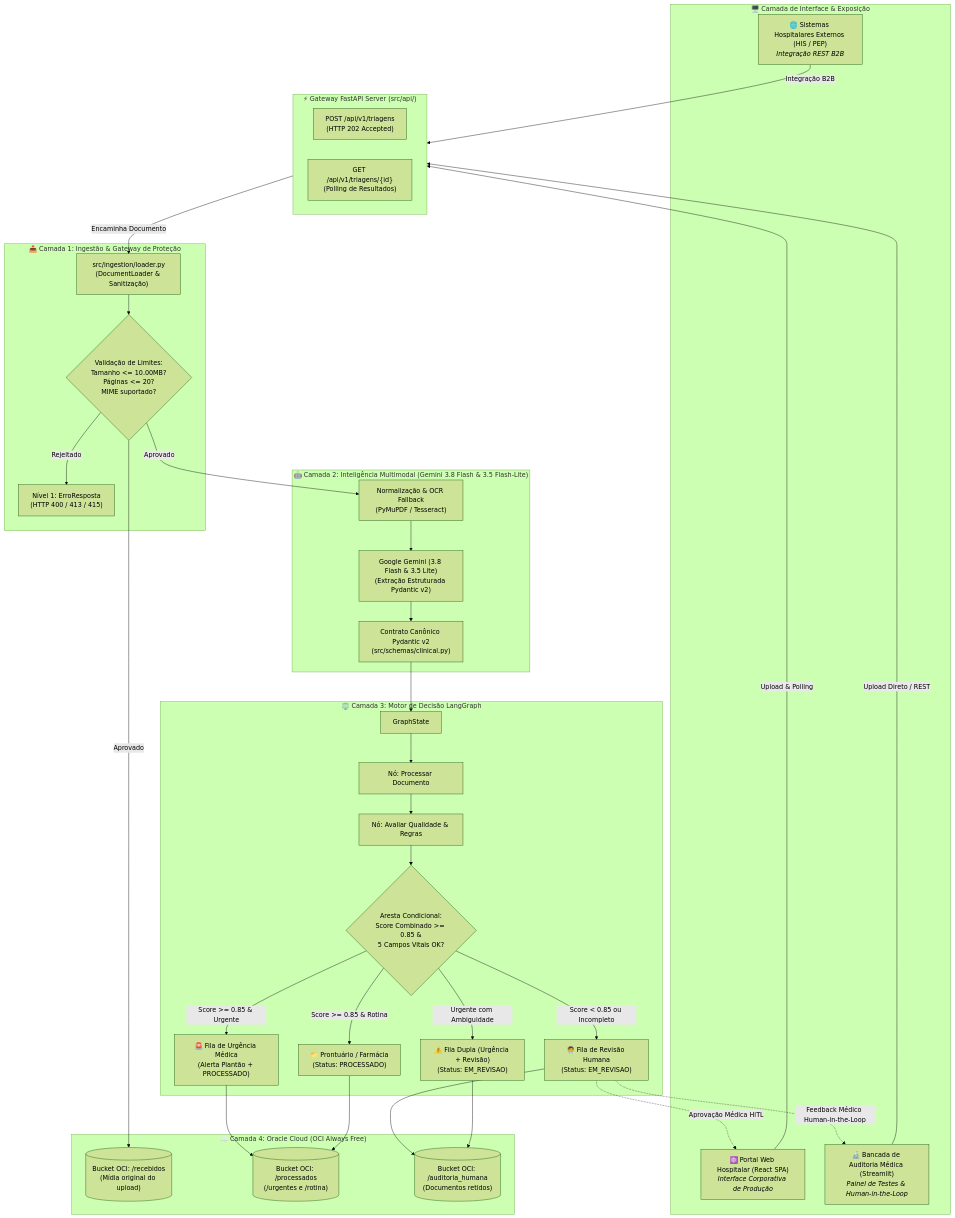
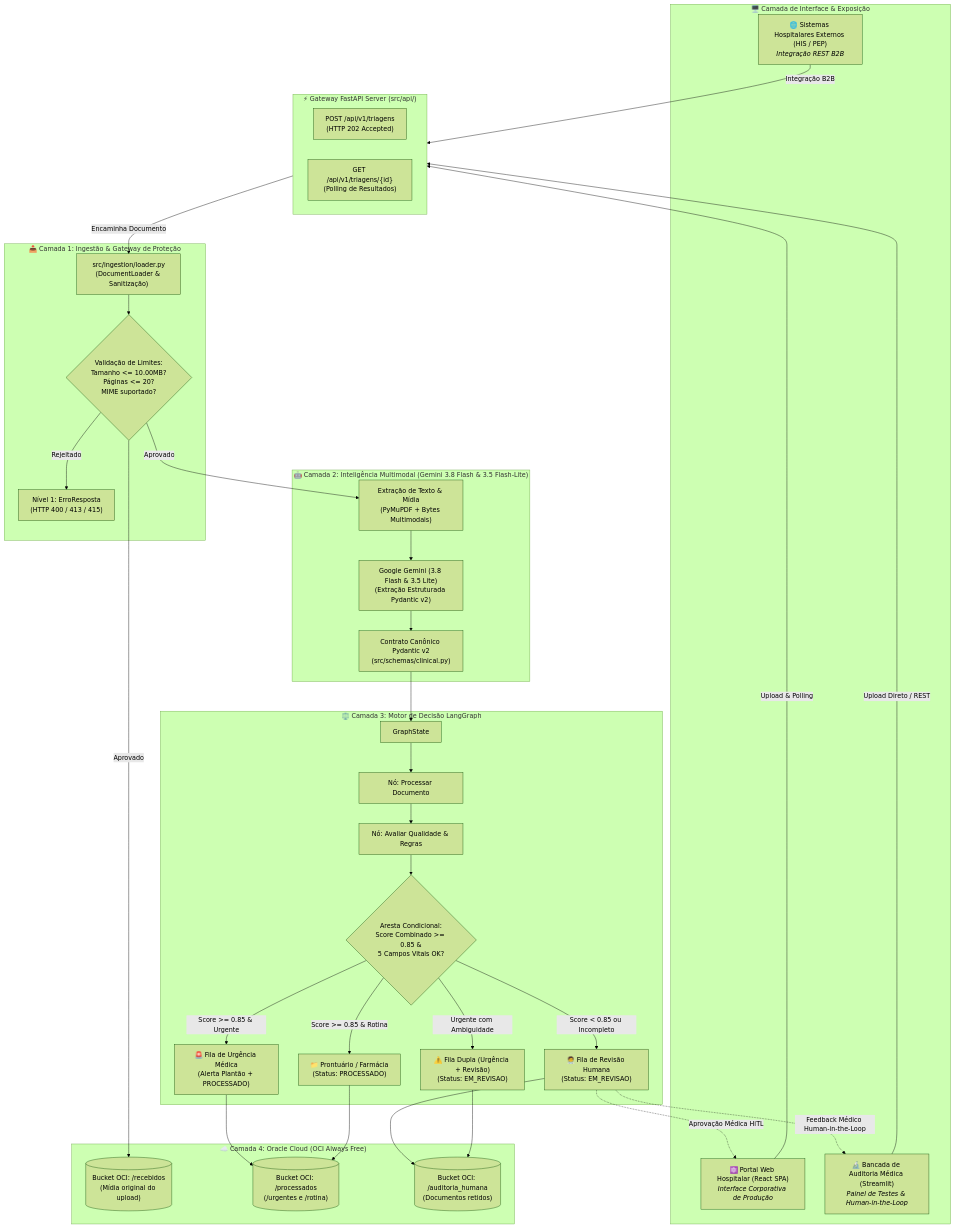
The first of 3 diagrams in ARQUITETURA.md (No-Country-simulation/g10-brasil-equipe-15_mediflow), drawn with Mermaid (forest theme) before and after one commit. The commit also changed other lines of this file and 1 other file, not shown here.

````diff
--- a/ARQUITETURA.md
+++ b/ARQUITETURA.md
@@ -34,71 +34,71 @@
 ```mermaid
 flowchart TD
     subgraph CLIENTS["🖥️ Camada de Interface & Exposição"]
         REACT["⚛️ Portal Web Hospitalar (React SPA)<br/><i>Interface Corporativa de Produção</i>"]
         STREAMLIT["🔬 Bancada de Auditoria Médica (Streamlit)<br/><i>Painel de Testes & Human-in-the-Loop</i>"]
         API_CLI["🌐 Sistemas Hospitalares Externos (HIS / PEP)<br/><i>Integração REST B2B</i>"]
     end
 
     subgraph API_GATEWAY["⚡ Gateway FastAPI Server (src/api/)"]
         EP_POST["POST /api/v1/triagens<br/>(HTTP 202 Accepted)"]
         EP_GET["GET /api/v1/triagens/{id}<br/>(Polling de Resultados)"]
     end
 
     subgraph INGESTION["📥 Camada 1: Ingestão & Gateway de Proteção"]
         LOADER["src/ingestion/loader.py<br/>(DocumentLoader & Sanitização)"]
         VAL_RULES{"Validação de Limites:<br/>Tamanho <= 10.00MB?<br/>Páginas <= 20?<br/>MIME suportado?"}
         ERR_GATEWAY["Nível 1: ErroResposta<br/>(HTTP 400 / 413 / 415)"]
     end
 
     subgraph AI_CORE["🤖 Camada 2: Inteligência Multimodal (Gemini 3.8 Flash & 3.5 Flash-Lite)"]
-        OCR["Normalização & OCR Fallback<br/>(PyMuPDF / Tesseract)"]
+        OCR["Extração de Texto & Mídia<br/>(PyMuPDF + Bytes Multimodais)"]
         LLM["Google Gemini (3.8 Flash & 3.5 Lite)<br/>(Extração Estruturada Pydantic v2)"]
         SCHEMA["Contrato Canônico Pydantic v2<br/>(src/schemas/clinical.py)"]
     end
 
     subgraph WORKFLOW["⚖️ Camada 3: Motor de Decisão LangGraph"]
         STATE["GraphState"]
         N_EXTRACT["Nó: Processar Documento"]
         N_EVAL["Nó: Avaliar Qualidade & Regras"]
         COND_DECIDE{"Aresta Condicional:<br/>Score Combinado >= 0.85 &<br/>5 Campos Vitais OK?"}
         
         Q_URG["🚨 Fila de Urgência Médica<br/>(Alerta Plantão + PROCESSADO)"]
         Q_REV["🧑‍⚕️ Fila de Revisão Humana<br/>(Status: EM_REVISAO)"]
         Q_ROT["📁 Prontuário / Farmácia<br/>(Status: PROCESSADO)"]
         Q_MISTO["⚠️ Fila Dupla (Urgência + Revisão)<br/>(Status: EM_REVISAO)"]
     end
 
     subgraph STORAGE["☁️ Camada 4: Oracle Cloud (OCI Always Free)"]
         OCI_IN[("Bucket OCI: /recebidos<br/>(Mídia original do upload)")]
         OCI_PROC[("Bucket OCI: /processados<br/>(/urgentes e /rotina)")]
         OCI_AUDIT[("Bucket OCI: /auditoria_humana<br/>(Documentos retidos)")]
     end
 
     REACT -->|Upload & Polling| API_GATEWAY
     STREAMLIT -->|Upload Direto / REST| API_GATEWAY
     API_CLI -->|Integração B2B| API_GATEWAY
 
     API_GATEWAY -->|Encaminha Documento| LOADER
     LOADER --> VAL_RULES
     VAL_RULES -- "Rejeitado" --> ERR_GATEWAY
     VAL_RULES -- "Aprovado" --> OCI_IN
     VAL_RULES -- "Aprovado" --> OCR
     
     OCR --> LLM
     LLM --> SCHEMA
     SCHEMA --> STATE
     STATE --> N_EXTRACT --> N_EVAL --> COND_DECIDE
     
     COND_DECIDE -- "Score < 0.85 ou Incompleto" --> Q_REV
     COND_DECIDE -- "Score >= 0.85 & Urgente" --> Q_URG
     COND_DECIDE -- "Score >= 0.85 & Rotina" --> Q_ROT
     COND_DECIDE -- "Urgente com Ambiguidade" --> Q_MISTO
     
     Q_URG --> OCI_PROC
     Q_ROT --> OCI_PROC
     Q_REV --> OCI_AUDIT
     Q_MISTO --> OCI_AUDIT
     
     Q_REV -.->|Feedback Médico Human-in-the-Loop| STREAMLIT
     Q_REV -.->|Aprovação Médica HiTL| REACT
 ```
````
